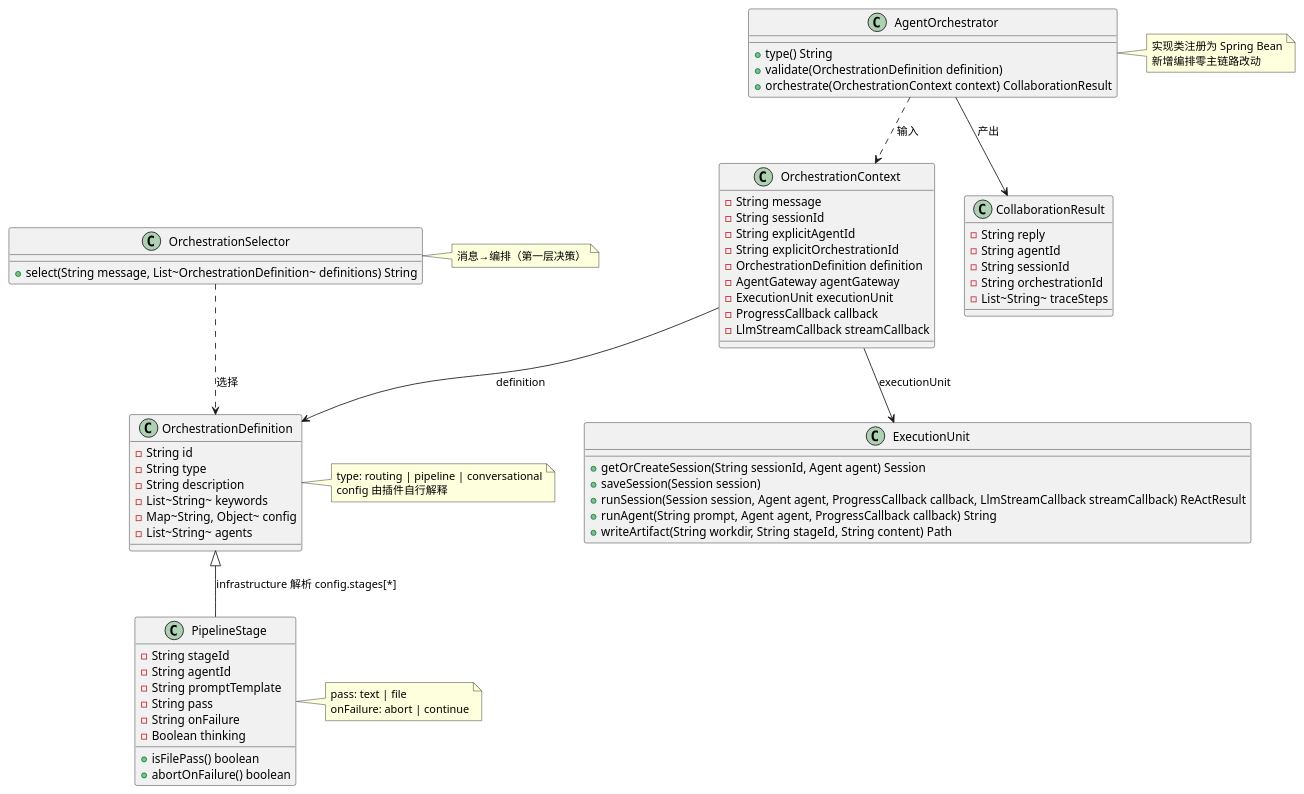
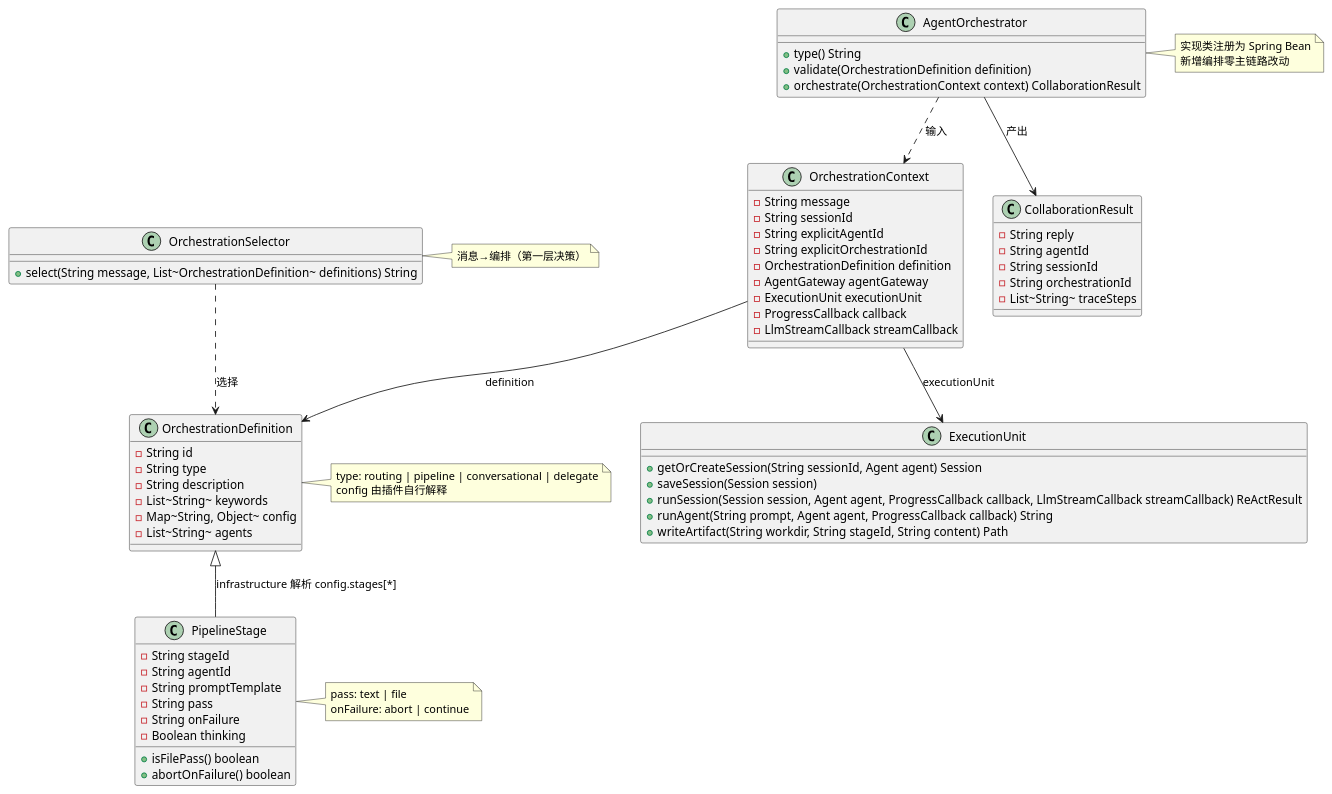
The sixth of 24 diagrams in mwb-ai-claw技术方案.md (mwb1219/mwb-ai-claw), drawn with PlantUML before and after one commit. The commit also changed other lines of this file and 43 other files, not shown here.

```diff
--- a/mwb-ai-claw技术方案.md
+++ b/mwb-ai-claw技术方案.md
@@ -710,7 +710,7 @@
         -List~String~ agents
     }
     note right of OrchestrationDefinition
-      type: routing | pipeline | conversational
+      type: routing | pipeline | conversational | delegate
       config 由插件自行解释
     end note
     ' OrchestrationContext <<ValueObject>>
```
